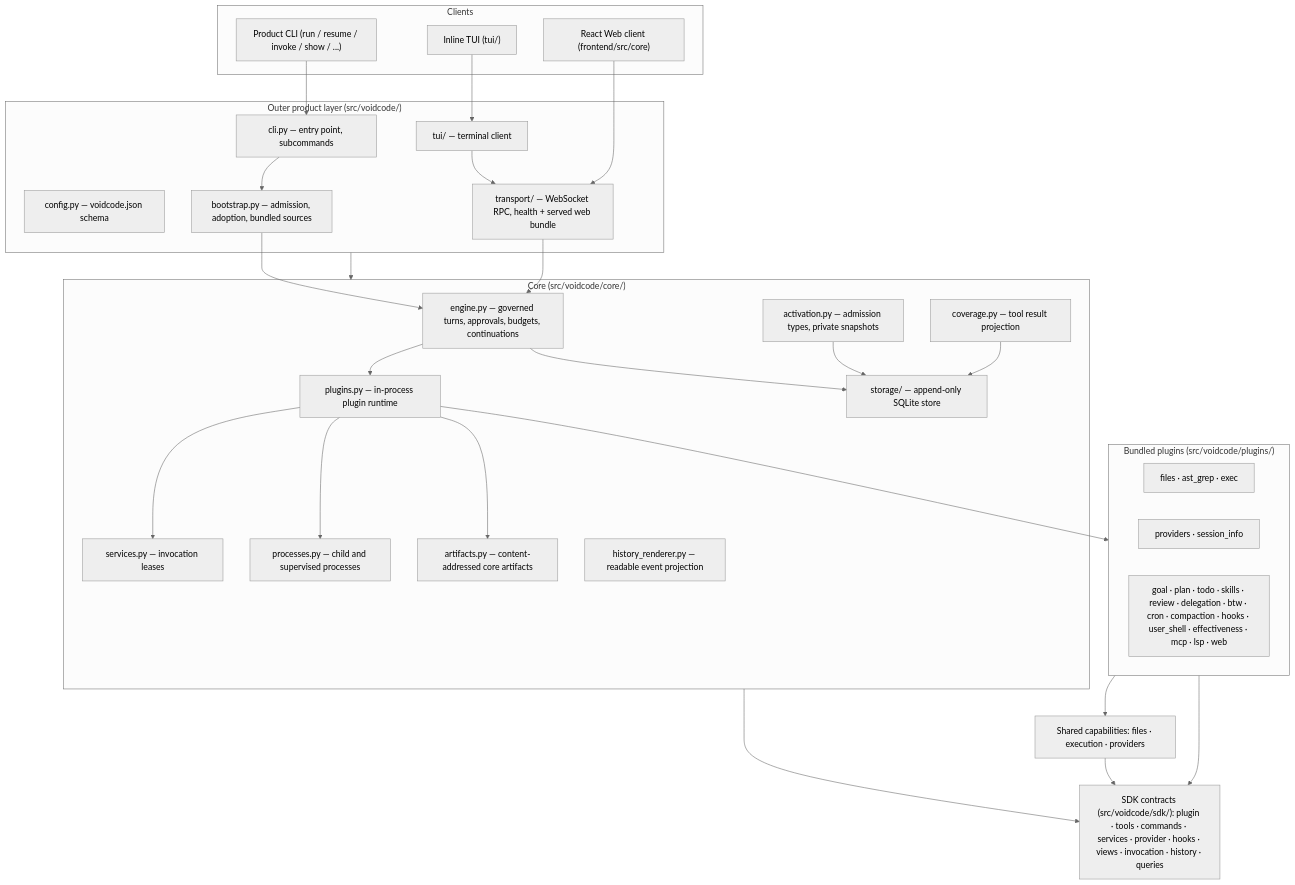
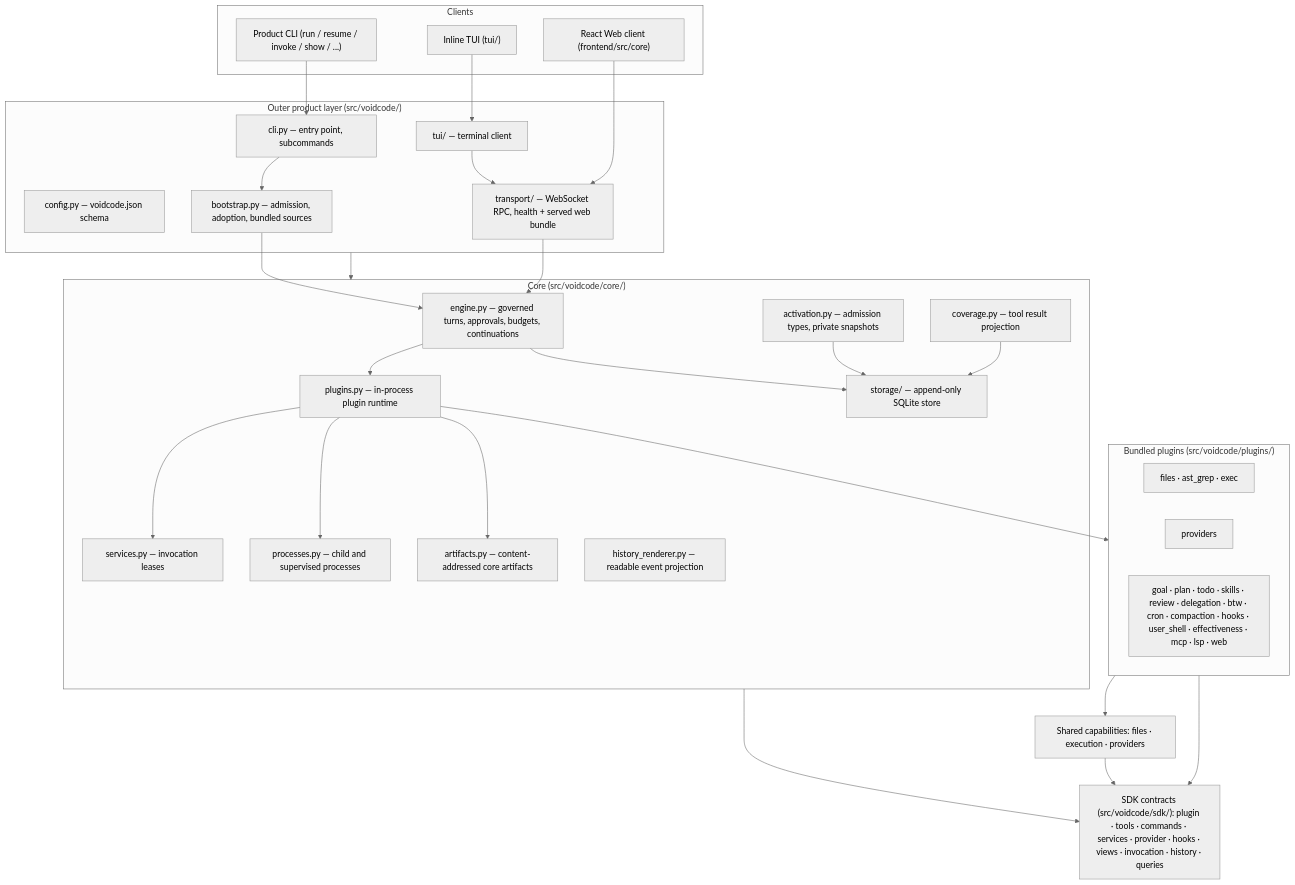
The diagram in docs/architecture.md (lei-jia-xing/voidcode), drawn with Mermaid (neutral theme) before and after one commit. The commit also changed other lines of this file and 18 other files, not shown here.

Commit message:
feat(plugins)!: remove session_info plugin

````diff
--- a/docs/architecture.md
+++ b/docs/architecture.md
@@ -24,57 +24,57 @@
 ```mermaid
 graph TD
     subgraph Clients["Clients"]
         CLI["Product CLI (run / resume / invoke / show / ...)"]
         TUI["Inline TUI (tui/)"]
         Web["React Web client (frontend/src/core)"]
     end
 
     subgraph Outer["Outer product layer (src/voidcode/)"]
         CLIImpl["cli.py — entry point, subcommands"]
         Config["config.py — voidcode.json schema"]
         Bootstrap["bootstrap.py — admission, adoption, bundled sources"]
         Transport["transport/ — WebSocket RPC, health + served web bundle"]
         TUIImpl["tui/ — terminal client"]
     end
 
     subgraph Core["Core (src/voidcode/core/)"]
         Engine["engine.py — governed turns, approvals, budgets, continuations"]
         Activation["activation.py — admission types, private snapshots"]
         Runtime["plugins.py — in-process plugin runtime"]
         Services["services.py — invocation leases"]
         Processes["processes.py — child and supervised processes"]
         Storage["storage/ — append-only SQLite store"]
         Artifacts["artifacts.py — content-addressed core artifacts"]
         Coverage["coverage.py — tool result projection"]
         Renderer["history_renderer.py — readable event projection"]
     end
 
     subgraph Plugins["Bundled plugins (src/voidcode/plugins/)"]
         Files["files · ast_grep · exec"]
-        Model["providers · session_info"]
+        Model["providers"]
         Product["goal · plan · todo · skills · review · delegation · btw · cron · compaction · hooks · user_shell · effectiveness · mcp · lsp · web"]
     end
 
     SDK["SDK contracts (src/voidcode/sdk/): plugin · tools · commands · services · provider · hooks · views · invocation · history · queries"]
 
     CLI --> CLIImpl
     TUI --> TUIImpl
     Web --> Transport
     TUIImpl --> Transport
     CLIImpl --> Bootstrap
     Bootstrap --> Engine
     Transport --> Engine
     Engine --> Runtime
     Engine --> Storage
     Activation --> Storage
     Coverage --> Storage
     Runtime --> Services
     Runtime --> Processes
     Runtime --> Artifacts
     Runtime --> Plugins
     Plugins --> Capabilities["Shared capabilities: files · execution · providers"]
     Capabilities --> SDK
     Core --> SDK
     Plugins --> SDK
     Outer --> Core
 ```
````
